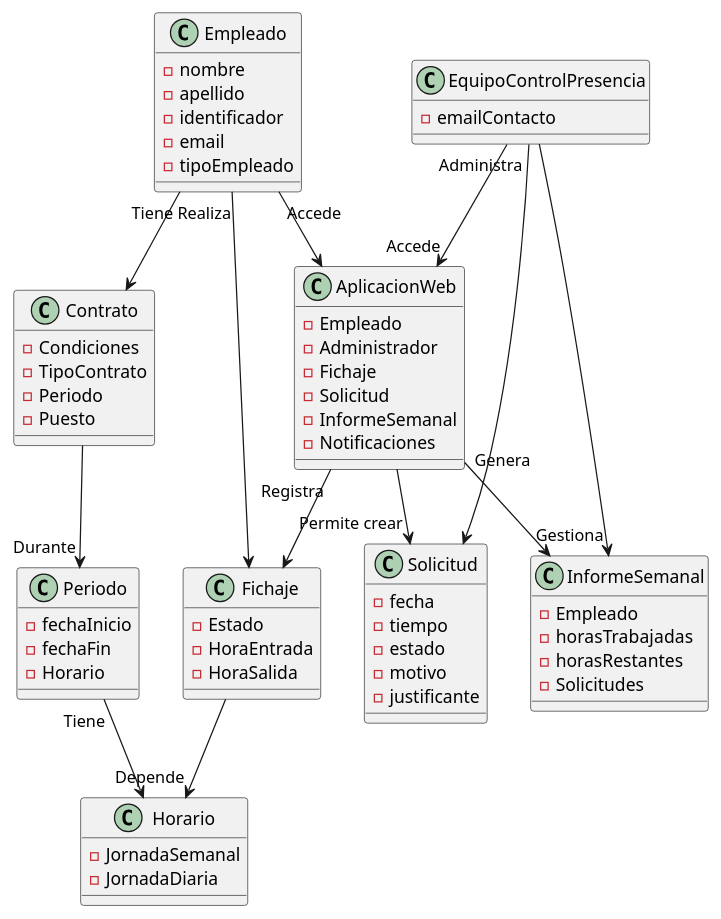
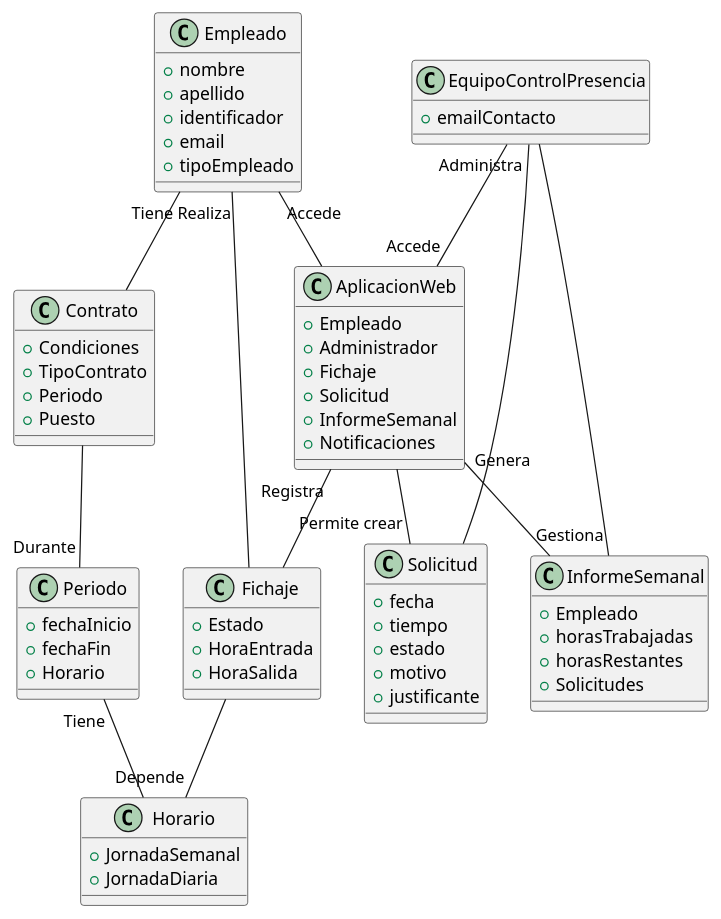
One commit to mmasias/23-24-IdSw1-SDR changed the diagram in modelosUML/modeloDelDominio.puml. Above: the diagram before and after it, drawn with PlantUML.

Commit message:
Update modeloDelDominio.puml
Se modificó algunos detalles.

```diff
--- a/modelosUML/modeloDelDominio.puml
+++ b/modelosUML/modeloDelDominio.puml
@@ -1,76 +1,76 @@
 @startuml
 
 class Empleado {
-    - nombre
-    - apellido
-    - identificador
-    - email
-    - tipoEmpleado
+    + nombre
+    + apellido
+    + identificador
+    + email
+    + tipoEmpleado
 }
 
 class EquipoControlPresencia {
-    - emailContacto
+    + emailContacto
 }
 
 class Fichaje {
-    - Estado
-    - HoraEntrada
-    - HoraSalida
+    + Estado
+    + HoraEntrada
+    + HoraSalida
 }
 
 class AplicacionWeb {
-    - Empleado
-    - Administrador
-    - Fichaje
-    - Solicitud
-    - InformeSemanal
-    - Notificaciones
+    + Empleado
+    + Administrador
+    + Fichaje
+    + Solicitud
+    + InformeSemanal
+    + Notificaciones
 }
 
 class Periodo {
-    - fechaInicio
-    - fechaFin
-    - Horario
+    + fechaInicio
+    + fechaFin
+    + Horario
 }
 
 class Horario {
-    - JornadaSemanal
-    - JornadaDiaria
+    + JornadaSemanal
+    + JornadaDiaria
 }
 
 class Contrato {
-    - Condiciones
-    - TipoContrato
-    - Periodo
-    - Puesto
+    + Condiciones
+    + TipoContrato
+    + Periodo
+    + Puesto
 }
 
 class InformeSemanal {
-    - Empleado
-    - horasTrabajadas
-    - horasRestantes
-    - Solicitudes
+    + Empleado
+    + horasTrabajadas
+    + horasRestantes
+    + Solicitudes
 }
 
 class Solicitud {
-    - fecha
-    - tiempo
-    - estado
-    - motivo
-    - justificante
+    + fecha
+    + tiempo
+    + estado
+    + motivo
+    + justificante
 }
 
-Empleado "Tiene" -->  Contrato
-Empleado "Realiza" -->  Fichaje
-Empleado "Accede" -->  AplicacionWeb
-AplicacionWeb  --> "Permite crear" Solicitud
-AplicacionWeb "Genera" -->  InformeSemanal
-AplicacionWeb "Registra"-->  Fichaje
-Fichaje --> "Depende" Horario
-Contrato --> "Durante" Periodo
-Periodo "Tiene" -->  Horario
-EquipoControlPresencia "Administra" -->  Solicitud
-EquipoControlPresencia --> "Accede" AplicacionWeb
-EquipoControlPresencia --> "Gestiona" InformeSemanal
+Empleado "Tiene" --  Contrato
+Empleado "Realiza" --  Fichaje
+Empleado "Accede" --  AplicacionWeb
+AplicacionWeb  -- "Permite crear" Solicitud
+AplicacionWeb "Genera" --  InformeSemanal
+AplicacionWeb "Registra"--  Fichaje
+Fichaje -- "Depende" Horario
+Contrato -- "Durante" Periodo
+Periodo "Tiene" --  Horario
+EquipoControlPresencia "Administra" --  Solicitud
+EquipoControlPresencia -- "Accede" AplicacionWeb
+EquipoControlPresencia -- "Gestiona" InformeSemanal
 
 @enduml
```
